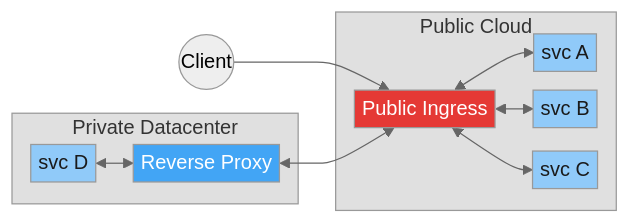
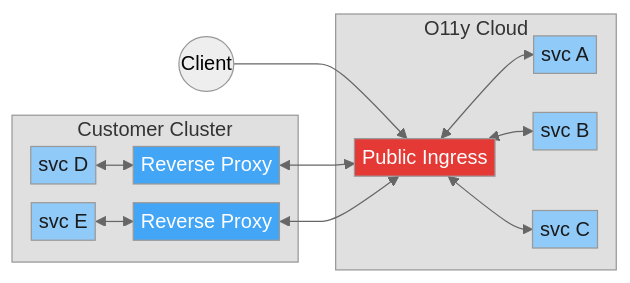
Before and after one commit to agntcy/blogs: the first of 9 diagrams in presentations/slim-multicluster-demo/slim-multicluster-demo.md, drawn with Mermaid (neutral theme). The commit also changed other lines of this file, not shown here.

````diff
--- a/presentations/slim-multicluster-demo/slim-multicluster-demo.md
+++ b/presentations/slim-multicluster-demo/slim-multicluster-demo.md
@@ -20,23 +20,27 @@
 ```mermaid
 %%{init: {'flowchart': {'nodeSpacing': 15, 'rankSpacing': 30, 'padding': 3}}}%%
 graph LR
-    subgraph PRV["Private Datacenter"]
-        S4[svc D] <--> RP[Reverse Proxy]
+    subgraph PRV["Customer Cluster"]
+        S4[svc D] <--> RP1[Reverse Proxy]
+        S5[svc E] <--> RP2[Reverse Proxy]
     end
-    subgraph PUB["Public Cloud"]
+    subgraph PUB["O11y Cloud"]
         IG[Public Ingress]
         IG <--> S1[svc A]
         IG <--> S2[svc B]
         IG <--> S3[svc C]
     end
     C((Client)) --> IG
-    RP <--> IG
+    RP1 <--> IG
+    RP2 <--> IG
     style IG fill:#E53935,color:#fff
-    style RP fill:#42A5F5,color:#fff
+    style RP1 fill:#42A5F5,color:#fff
+    style RP2 fill:#42A5F5,color:#fff
     style PUB fill:#e0e0e0,stroke:#999,color:#333
     style PRV fill:#e0e0e0,stroke:#999,color:#333
     style S1 fill:#90CAF9,color:#1a1a1a
     style S2 fill:#90CAF9,color:#1a1a1a
     style S3 fill:#90CAF9,color:#1a1a1a
     style S4 fill:#90CAF9,color:#1a1a1a
+    style S5 fill:#90CAF9,color:#1a1a1a
 ```
````
